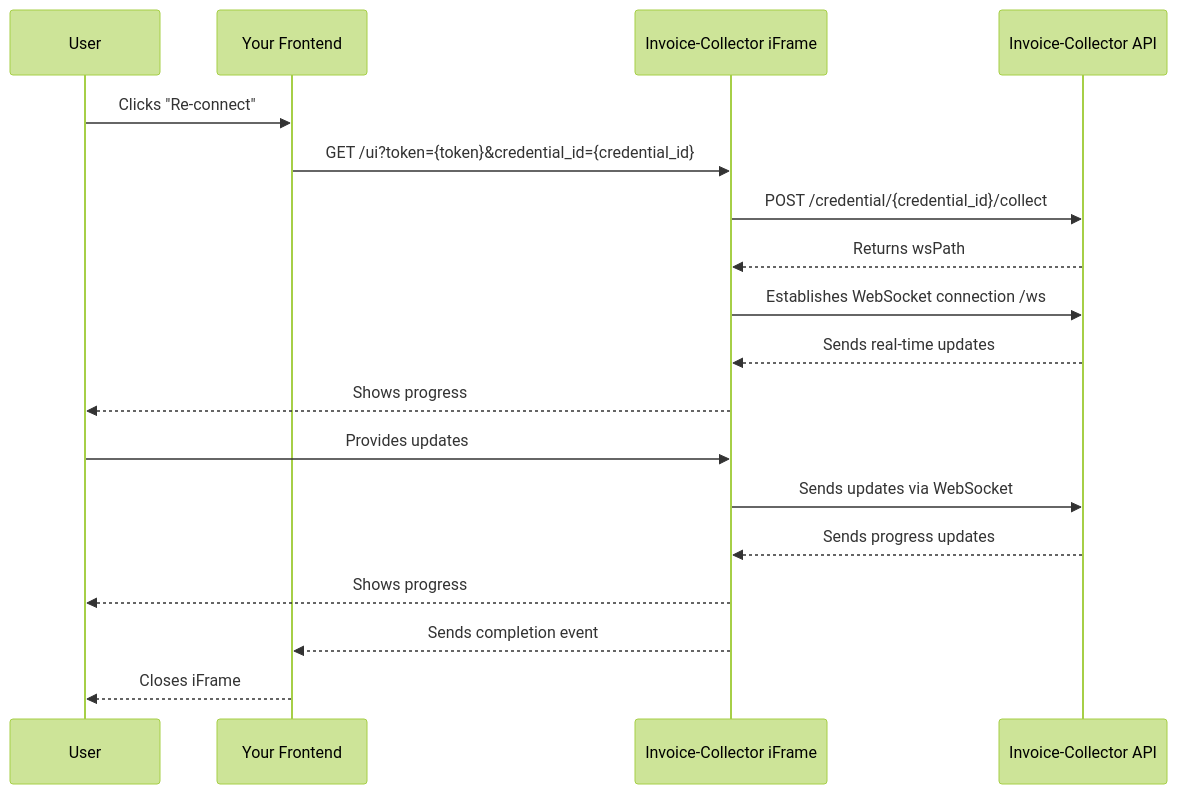
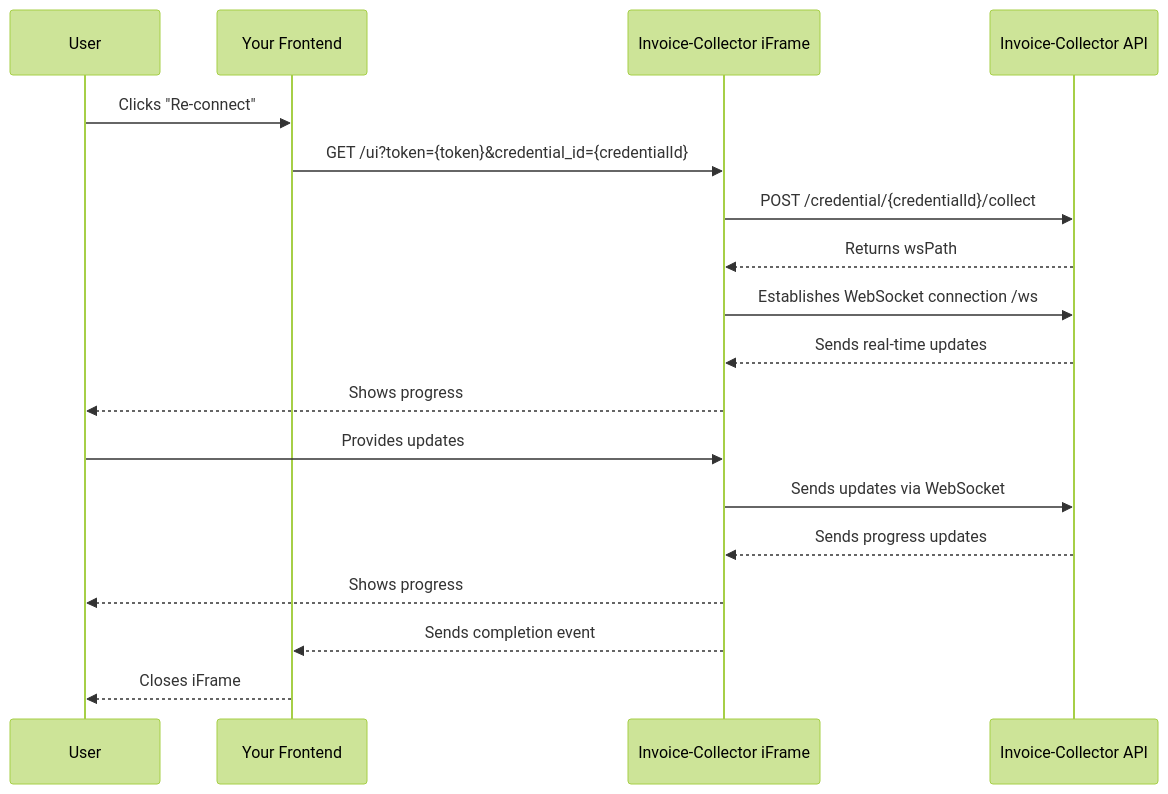
One commit to invoice-collector/website changed the first of 2 diagrams in docs/embed-in-your-app/frontend-integration/reconnect-credential.mdx. Above: the diagram before and after it, drawn with Mermaid (forest theme). The commit also changed other lines of this file and 7 other files, not shown here.

````diff
--- a/docs/embed-in-your-app/frontend-integration/reconnect-credential.mdx
+++ b/docs/embed-in-your-app/frontend-integration/reconnect-credential.mdx
@@ -51,21 +51,21 @@
 ```mermaid
 sequenceDiagram
     participant User
     participant Frontend as Your Frontend
     participant IFrame as Invoice-Collector iFrame
     participant API as Invoice-Collector API
     
     User->>Frontend: Clicks "Re-connect"
-    Frontend->>IFrame: GET /ui?token={token}&credential_id={credential_id}
-    IFrame->>API: POST /credential/{credential_id}/collect
+    Frontend->>IFrame: GET /ui?token={token}&credential_id={credentialId}
+    IFrame->>API: POST /credential/{credentialId}/collect
     API-->>IFrame: Returns wsPath
     IFrame->>API: Establishes WebSocket connection /ws
     API-->>IFrame: Sends real-time updates
     IFrame-->>User: Shows progress
     User->>IFrame: Provides updates
     IFrame->>API: Sends updates via WebSocket
     API-->>IFrame: Sends progress updates
     IFrame-->>User: Shows progress
     IFrame-->>Frontend: Sends completion event
     Frontend-->>User: Closes iFrame
 ```
````
